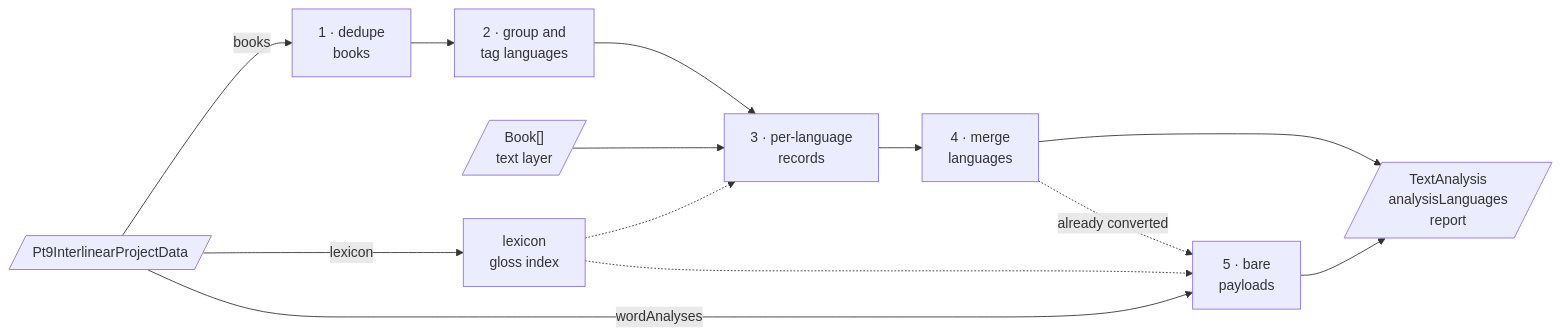
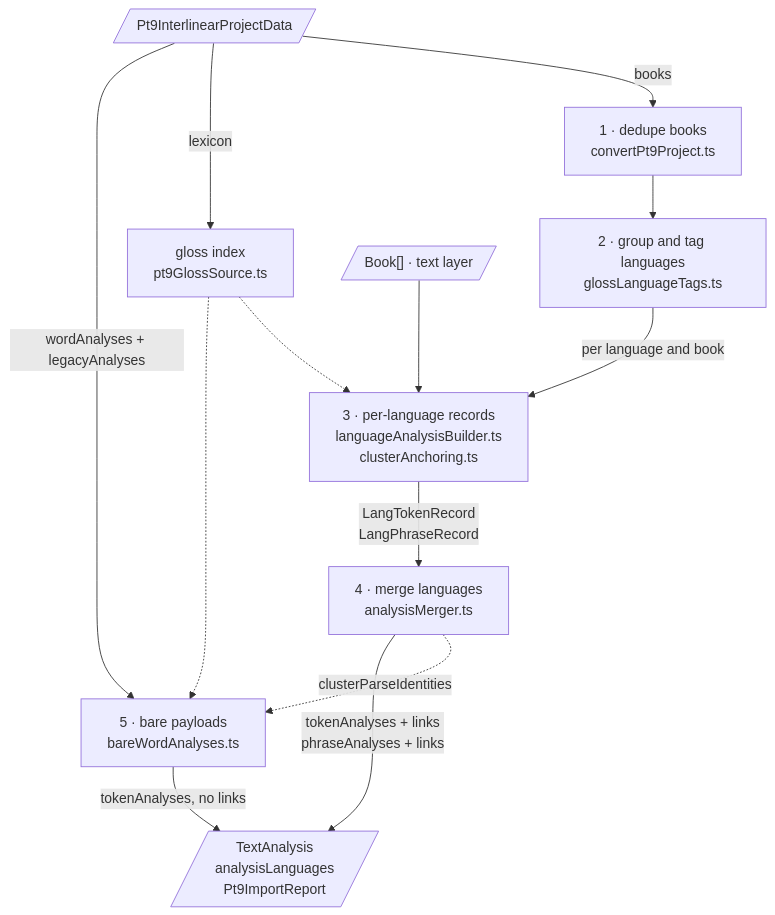
One commit to sillsdev/interlinearizer-extension changed the first of 2 diagrams in src/converters/pt9/pipeline.md. Above: the diagram before and after it, drawn with Mermaid. The commit also changed other lines of this file, not shown here.

First line of the commit message:
Give the pipeline diagram enough detail to navigate by

````diff
--- a/src/converters/pt9/pipeline.md
+++ b/src/converters/pt9/pipeline.md
@@ -19,17 +21,19 @@
 ```mermaid
-flowchart LR
+flowchart TD
   IN[/"Pt9InterlinearProjectData"/]
-  IN -->|books| A1["1 · dedupe<br/>books"]
-  A1 --> A2["2 · group and<br/>tag languages"]
-  A2 --> A3["3 · per-language<br/>records"]
-  A3 --> A4["4 · merge<br/>languages"]
-  A4 --> OUT[/"TextAnalysis<br/>analysisLanguages<br/>report"/]
+  IN -->|books| A1["1 · dedupe books<br/>convertPt9Project.ts"]
+  IN -->|lexicon| LEX["gloss index<br/>pt9GlossSource.ts"]
+  IN -->|"wordAnalyses + legacyAnalyses"| B1["5 · bare payloads<br/>bareWordAnalyses.ts"]
 
-  TEXT[/"Book[]<br/>text layer"/] --> A3
-  IN -->|lexicon| LEX["lexicon<br/>gloss index"]
-  IN -->|wordAnalyses| B1["5 · bare<br/>payloads"]
+  A1 --> A2["2 · group and tag languages<br/>glossLanguageTags.ts"]
+  A2 -->|per language and book| A3["3 · per-language records<br/>languageAnalysisBuilder.ts<br/>clusterAnchoring.ts"]
+  TEXT[/"Book[] · text layer"/] --> A3
+  A3 -->|"LangTokenRecord<br/>LangPhraseRecord"| A4["4 · merge languages<br/>analysisMerger.ts"]
+
   LEX -.-> A3
   LEX -.-> B1
-  A4 -.->|already converted| B1
-  B1 --> OUT
+  A4 -.->|clusterParseIdentities| B1
+
+  A4 -->|"tokenAnalyses + links<br/>phraseAnalyses + links"| OUT[/"TextAnalysis<br/>analysisLanguages<br/>Pt9ImportReport"/]
+  B1 -->|"tokenAnalyses, no links"| OUT
 ```
````
